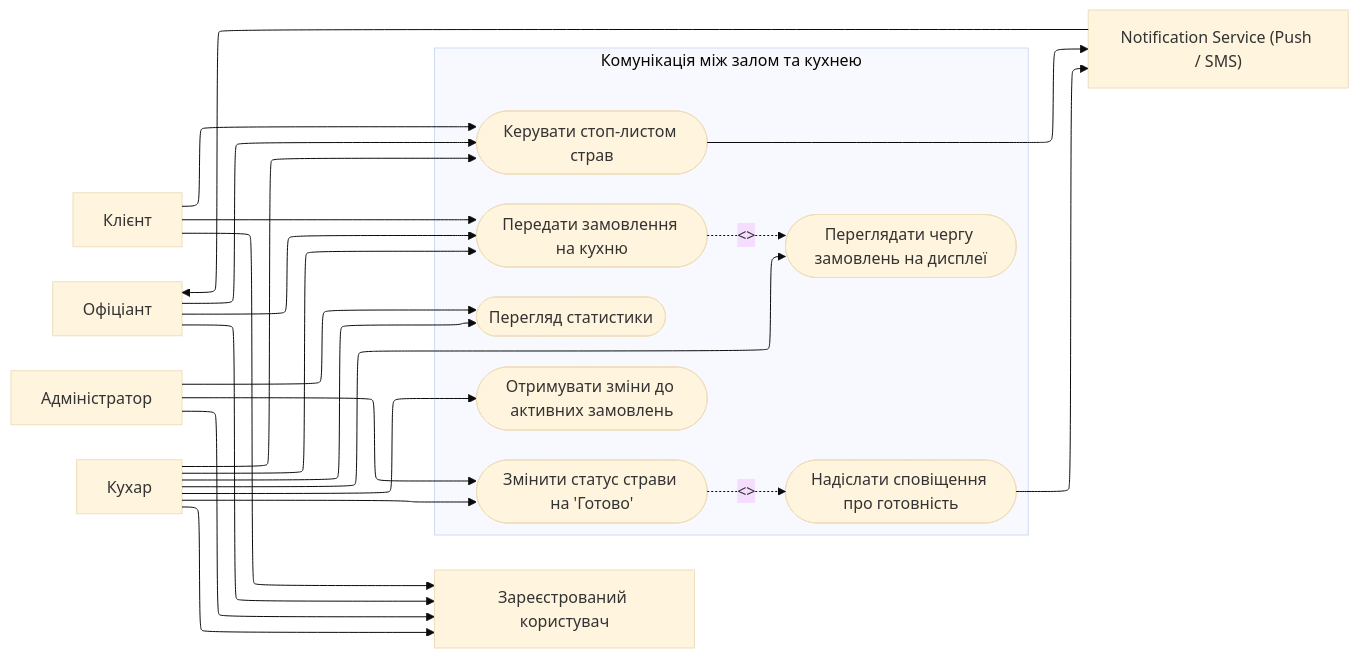
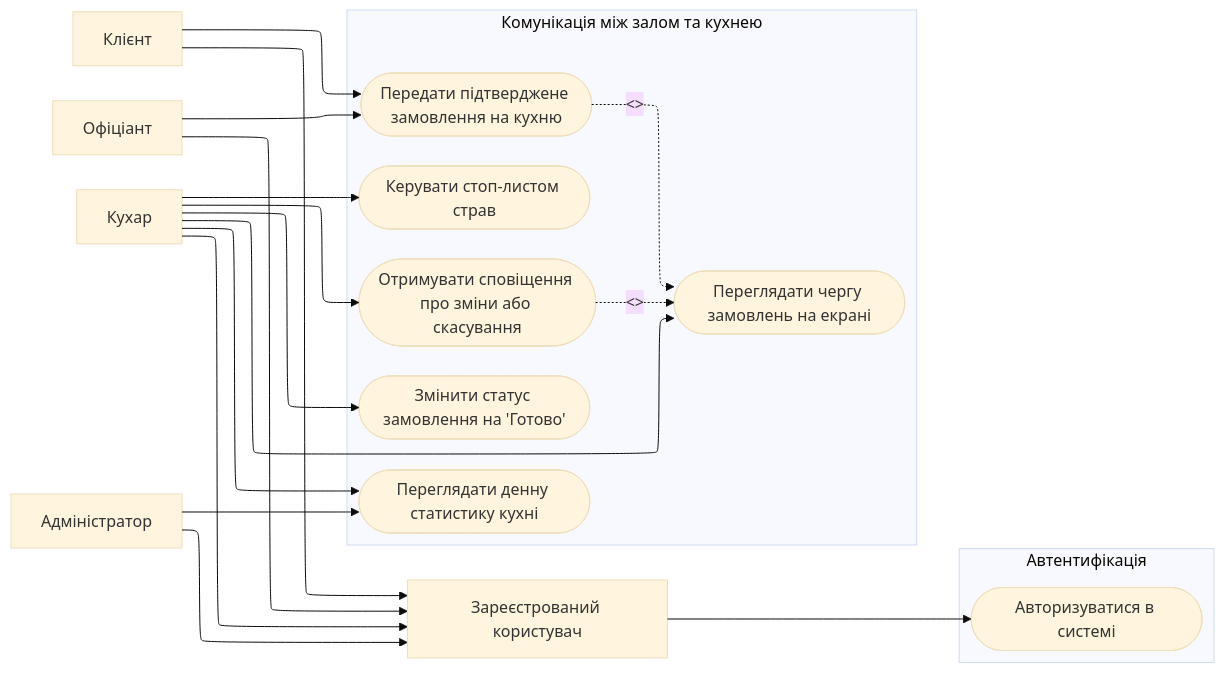
The diagram in Labs/Lab2/models/communication.mmd (cyjiky/TableFlow), drawn with Mermaid (base theme) before and after one commit. The commit also changed 27 other files, not shown here.

```diff
--- a/Labs/Lab2/models/communication.mmd
+++ b/Labs/Lab2/models/communication.mmd
@@ -1,59 +1,49 @@
 ---
 config:
     layout: elk
 ---
 flowchart LR
-    Client["Client"]
-    Waiter["Waiter"]
-    Admin["Admin"]
-    Chef["Chef"]
     %% Актори
     User["Зареєстрований користувач"]
     Client["Клієнт"]
     Waiter["Офіціант"]
     Chef["Кухар"]
     Admin["Адміністратор"]
-    NotifyService["Notification Service"]
-    NotifyService["Notification Service (Push / SMS)"]
 
     %% Узагальнення акторів
     Client --> User
     Waiter --> User
     Chef --> User
     Admin --> User
 
-    subgraph System ["Комунікація між залом та кухнею"]
-      UC4_1(["Передати замовлення на кухню"])
-      UC4_2(["Переглядати чергу замовлень на дисплеї"])
-      UC4_3(["Отримувати зміни до активних замовлень"])
-      UC4_4(["Керувати стоп-листом страв"])
-      UC4_5(["Змінити статус страви на 'Готово'"])
-      UC4_6(["Надіслати сповіщення про готовність"])
-      UC4_7(["Перегляд статистики"])
+    subgraph Auth ["Автентифікація"]
+      UC0(["Авторизуватися в системі"])
     end
 
-    Chef --> UC4_1
+    subgraph System4 ["Комунікація між залом та кухнею"]
+      UC4_1(["Передати підтверджене замовлення на кухню"])
+      UC4_2(["Переглядати чергу замовлень на екрані"])
+      UC4_3(["Отримувати сповіщення про зміни або скасування"])
+      UC4_4(["Керувати стоп-листом страв"])
+      UC4_5(["Змінити статус замовлення на 'Готово'"])
+      UC4_7(["Переглядати денну статистику кухні"])
+    end
+
+    %% Загальний прецедент зареєстрованого користувача
+    User --> UC0
+
     %% Зв'язки акторів з прецедентами
     Client --> UC4_1
     Waiter --> UC4_1
 
     Chef --> UC4_2
     Chef --> UC4_3
     Chef --> UC4_4
     Chef --> UC4_5
     Chef --> UC4_7
 
-    Client --> UC4_4
     Admin --> UC4_7
 
-    Waiter --> UC4_4
-    %% Include зв'язки
+    %% Include / Extend зв'язки
     UC4_1 -.->|"<<include>>"| UC4_2
-    UC4_5 -.->|"<<include>>"| UC4_6
-
-    Admin --> UC4_5
-
-    UC4_4 --> NotifyService
-    %% Взаємодія з сервісом сповіщень
-    UC4_6 --> NotifyService
-    NotifyService --> Waiter
+    UC4_3 -.->|"<<extend>>"| UC4_2
```
